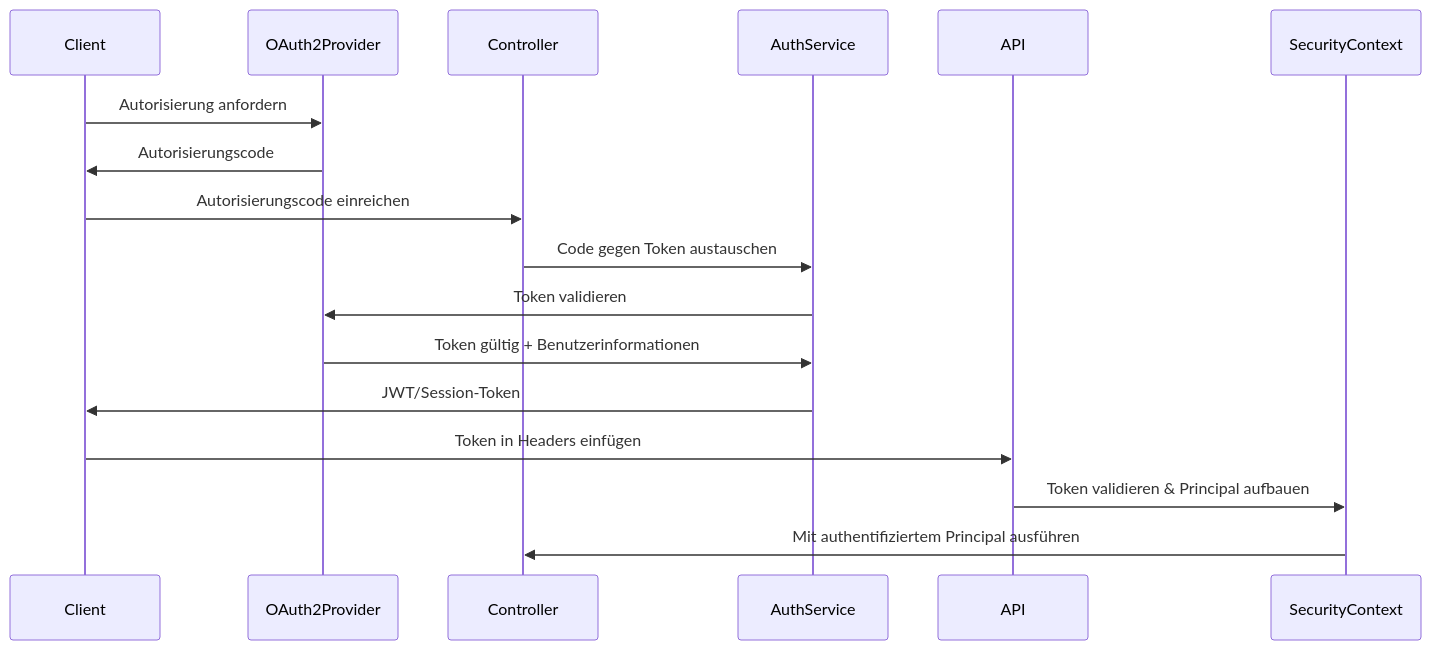
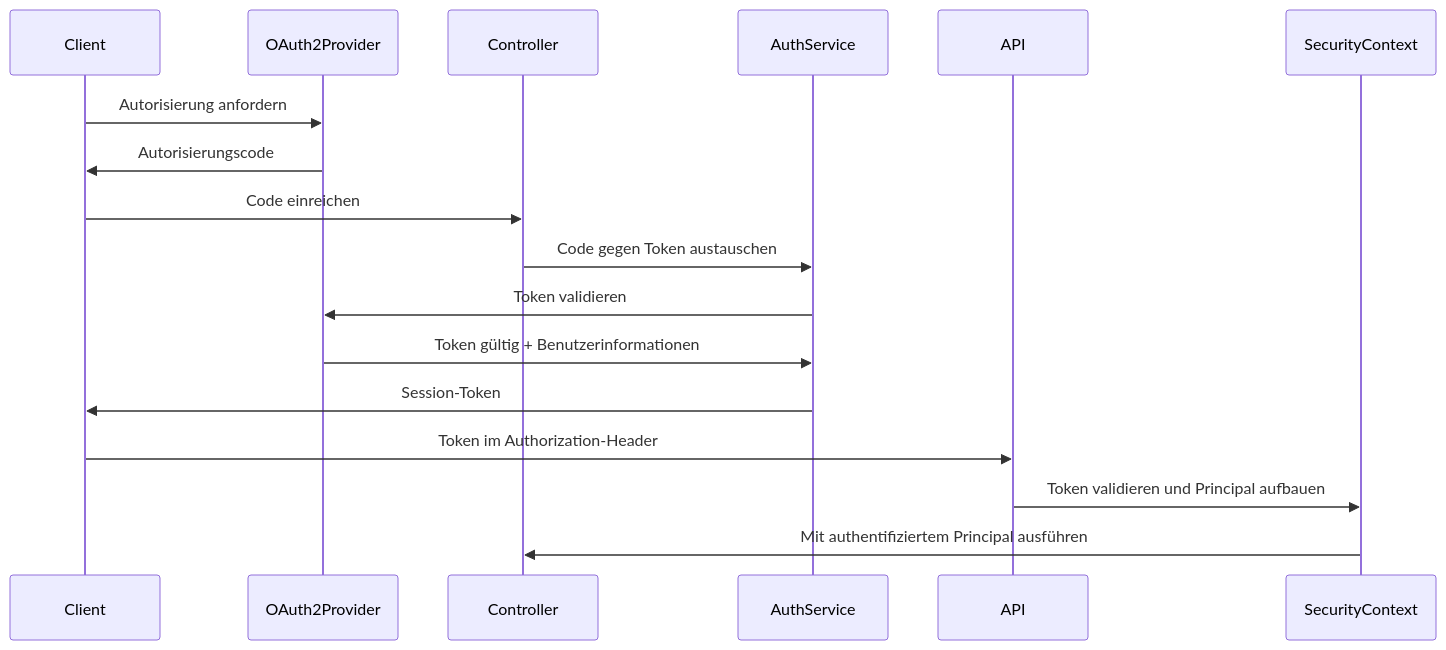
The second of 4 diagrams in docs/backend/architecture/overview-de.md (Keglev/inventory-service), drawn with Mermaid before and after one commit. The commit also changed other lines of this file and 20 other files, not shown here.

Commit message:
(backend docs):Created new docs architecture structure. Created new .css files, new .html files and a .js helper to handle toggle themes (light/dark, language mode En/DE). updated the .sh scripts to handle the new structure; update pipelin files to deal with the new doc structure

````diff
--- a/docs/backend/architecture/overview-de.md
+++ b/docs/backend/architecture/overview-de.md
@@ -163,13 +115,13 @@
 ```mermaid
 sequenceDiagram
-    Client->>OAuth2Provider: Autorisierung anfordern
-    OAuth2Provider->>Client: Autorisierungscode
-    Client->>Controller: Autorisierungscode einreichen
-    Controller->>AuthService: Code gegen Token austauschen
-    AuthService->>OAuth2Provider: Token validieren
-    OAuth2Provider->>AuthService: Token gültig + Benutzerinformationen
-    AuthService->>Client: JWT/Session-Token
-    Client->>API: Token in Headers einfügen
-    API->>SecurityContext: Token validieren & Principal aufbauen
-    SecurityContext->>Controller: Mit authentifiziertem Principal ausführen
+  Client->>OAuth2Provider: Autorisierung anfordern
+  OAuth2Provider->>Client: Autorisierungscode
+  Client->>Controller: Code einreichen
+  Controller->>AuthService: Code gegen Token austauschen
+  AuthService->>OAuth2Provider: Token validieren
+  OAuth2Provider->>AuthService: Token gültig + Benutzerinformationen
+  AuthService->>Client: Session-Token
+  Client->>API: Token im Authorization-Header
+  API->>SecurityContext: Token validieren und Principal aufbauen
+  SecurityContext->>Controller: Mit authentifiziertem Principal ausführen
 ```
````
